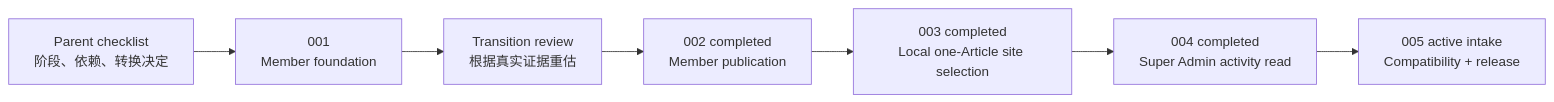
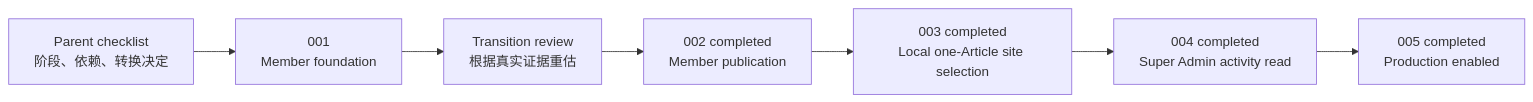
Before and after one commit to lonelyreader/chinaknowledge: the diagram in docs/roadmap/agent-workspace-program.md, drawn with Mermaid. The commit also changed other lines of this file and 9 other files, not shown here.

````diff
--- a/docs/roadmap/agent-workspace-program.md
+++ b/docs/roadmap/agent-workspace-program.md
@@ -21,9 +21,9 @@
 ```mermaid
 flowchart LR
     P["Parent checklist<br/>阶段、依赖、转换决定"] --> A1["001<br/>Member foundation"]
     A1 --> R["Transition review<br/>根据真实证据重估"]
     R --> A2["002 completed<br/>Member publication"]
     A2 --> A3["003 completed<br/>Local one-Article site selection"]
     A3 --> A4["004 completed<br/>Super Admin activity read"]
-    A4 --> A5["005 active intake<br/>Compatibility + release"]
+    A4 --> A5["005 completed<br/>Production enabled"]
 ```
````
